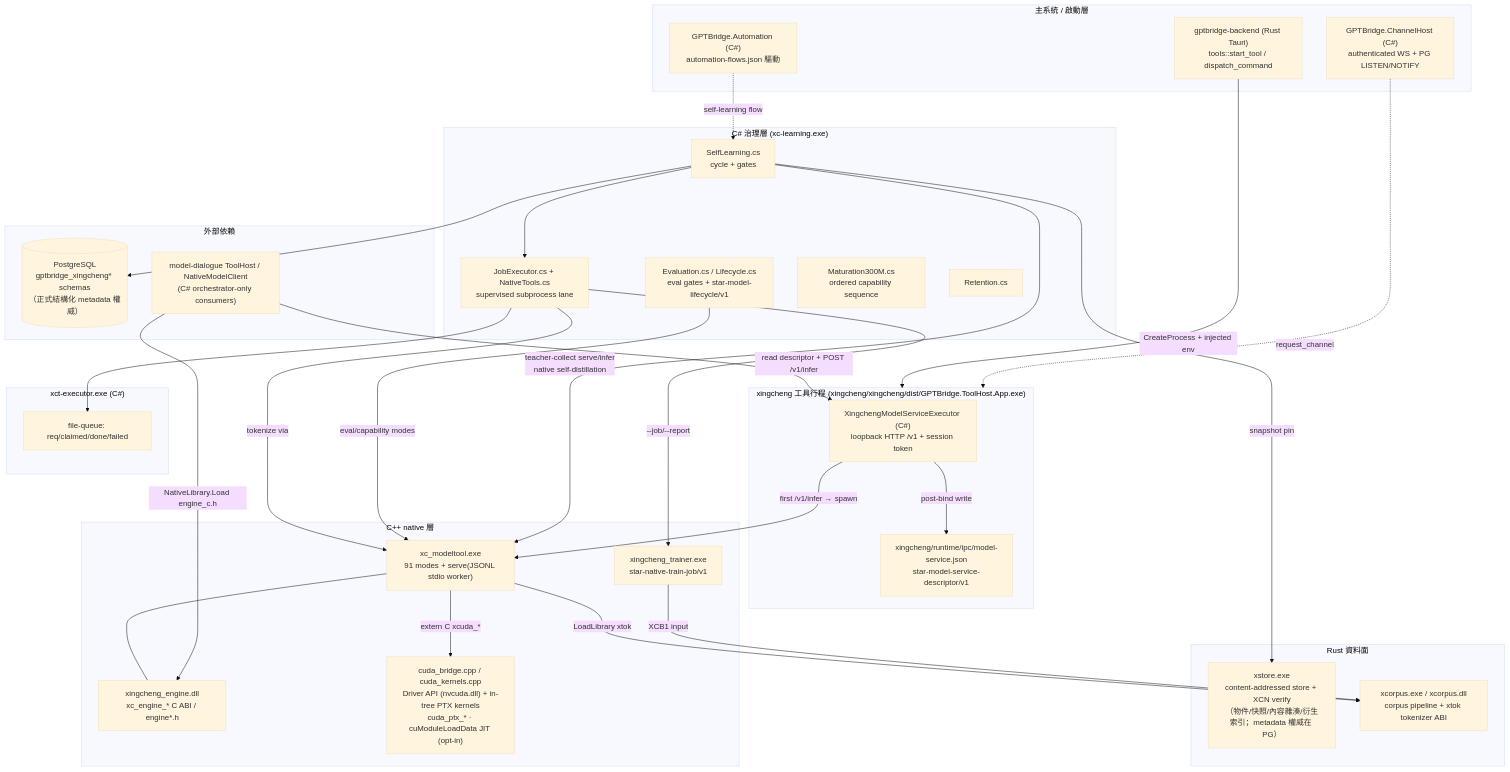
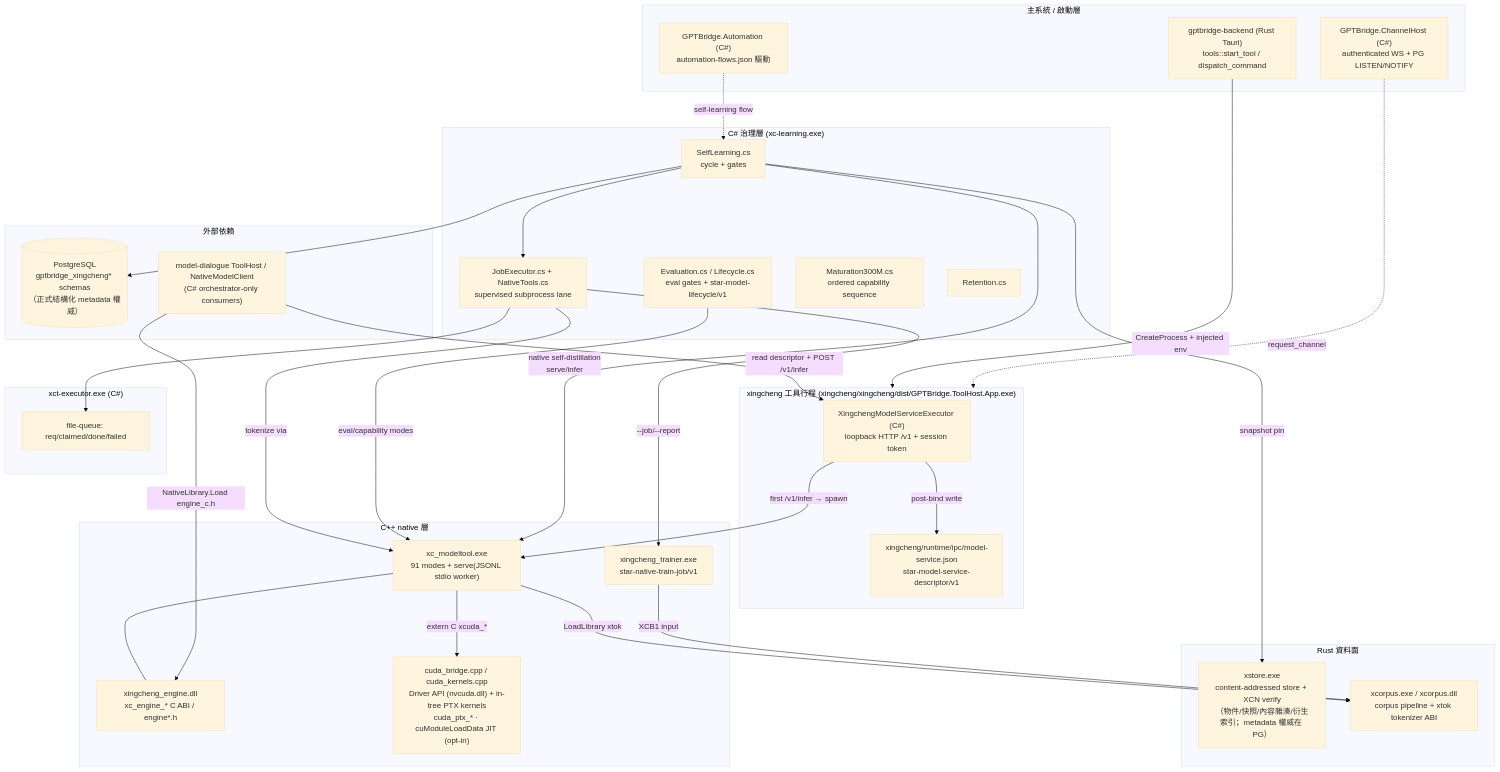
One commit to guilty442-source/GPTBridge changed the diagram in governance_rule/codex/architecture-xingcheng-architecture.md. Above: the diagram before and after it, drawn with Mermaid (base theme). The commit also changed other lines of this file and 4 other files, not shown here.

First line of the commit message:
docs(codex): converge retired-lane residue in architecture docs

````diff
--- a/governance_rule/codex/architecture-xingcheng-architecture.md
+++ b/governance_rule/codex/architecture-xingcheng-architecture.md
@@ -7,64 +7,64 @@
 ```mermaid
 flowchart TB
     subgraph HOST["主系統 / 啟動層"]
         BE["gptbridge-backend (Rust Tauri)<br/>tools::start_tool / dispatch_command"]
         AUTO["GPTBridge.Automation (C#)<br/>automation-flows.json 驅動"]
         CH["GPTBridge.ChannelHost (C#)<br/>authenticated WS + PG LISTEN/NOTIFY"]
     end
 
     subgraph TOOL["xingcheng 工具行程 (xingcheng/xingcheng/dist/GPTBridge.ToolHost.App.exe)"]
         EXEC["XingchengModelServiceExecutor (C#)<br/>loopback HTTP /v1 + session token"]
         IPC["xingcheng/runtime/ipc/model-service.json<br/>star-model-service-descriptor/v1"]
     end
 
     subgraph NATIVE["C++ native 層"]
         MODELTOOL["xc_modeltool.exe<br/>91 modes + serve(JSONL stdio worker)"]
         ENGINE["xingcheng_engine.dll<br/>xc_engine_* C ABI / engine*.h"]
         TRAINER["xingcheng_trainer.exe<br/>star-native-train-job/v1"]
         CUDA["cuda_bridge.cpp / cuda_kernels.cpp<br/>Driver API (nvcuda.dll) + in-tree PTX kernels<br/>cuda_ptx_* · cuModuleLoadData JIT (opt-in)"]
     end
 
     subgraph RUST["Rust 資料面"]
         XSTORE["xstore.exe<br/>content-addressed store + XCN verify<br/>（物件/快照/內容雜湊/衍生索引；metadata 權威在 PG）"]
         XCORPUS["xcorpus.exe / xcorpus.dll<br/>corpus pipeline + xtok tokenizer ABI"]
     end
 
     subgraph CSHARP["C# 治理層 (xc-learning.exe)"]
         SL["SelfLearning.cs<br/>cycle + gates"]
         JE["JobExecutor.cs + NativeTools.cs<br/>supervised subprocess lane"]
         EV["Evaluation.cs / Lifecycle.cs<br/>eval gates + star-model-lifecycle/v1"]
         MAT["Maturation300M.cs<br/>ordered capability sequence"]
         RET["Retention.cs"]
     end
 
     subgraph QUEUE["xct-executor.exe (C#)"]
         FQ["file-queue: req/claimed/done/failed"]
     end
 
     subgraph EXT["外部依賴"]
         PG[("PostgreSQL<br/>gptbridge_xingcheng* schemas<br/>（正式結構化 metadata 權威）")]
         CONSUMERS["model-dialogue ToolHost / NativeModelClient<br/>(C# orchestrator-only consumers)"]
     end
 
     BE -->|CreateProcess + injected env| TOOL
     EXEC -->|post-bind write| IPC
     EXEC -->|first /v1/infer → spawn| MODELTOOL
     MODELTOOL --- ENGINE
     MODELTOOL -->|LoadLibrary xtok| XCORPUS
     MODELTOOL -->|extern C xcuda_*| CUDA
     CONSUMERS -->|read descriptor + POST /v1/infer| EXEC
     CONSUMERS -->|NativeLibrary.Load engine_c.h| ENGINE
 
     SL --> PG
     SL --> JE
     JE -->|tokenize via| MODELTOOL
     JE -->|--job/--report| TRAINER
     JE --> FQ
     TRAINER -->|XCB1 input| XCORPUS
     SL -->|snapshot pin| XSTORE
     EV -->|eval/capability modes| MODELTOOL
-    SL -->|teacher-collect serve/infer<br/>native self-distillation| MODELTOOL
+    SL -->|native self-distillation<br/>serve/infer| MODELTOOL
 
     AUTO -.->|self-learning flow| SL
     CH -.->|request_channel| TOOL
 ```
````
